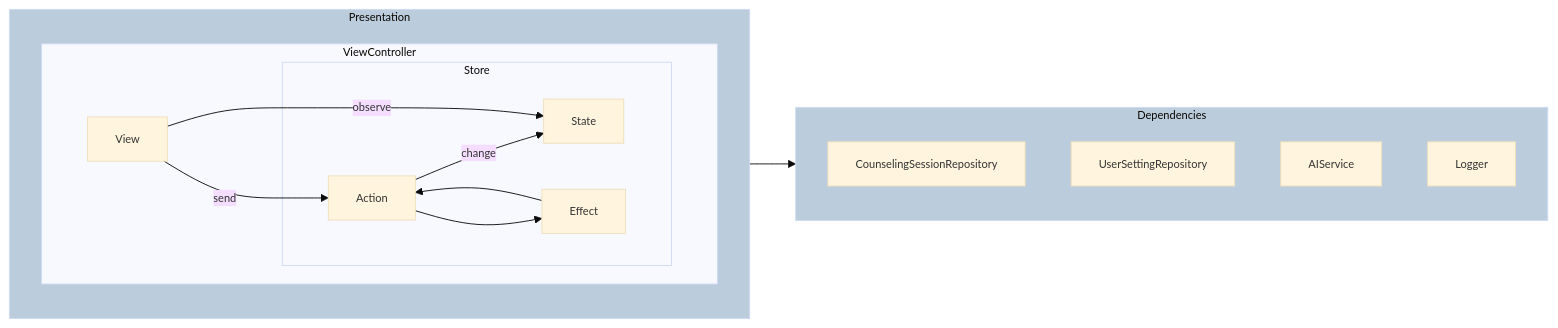
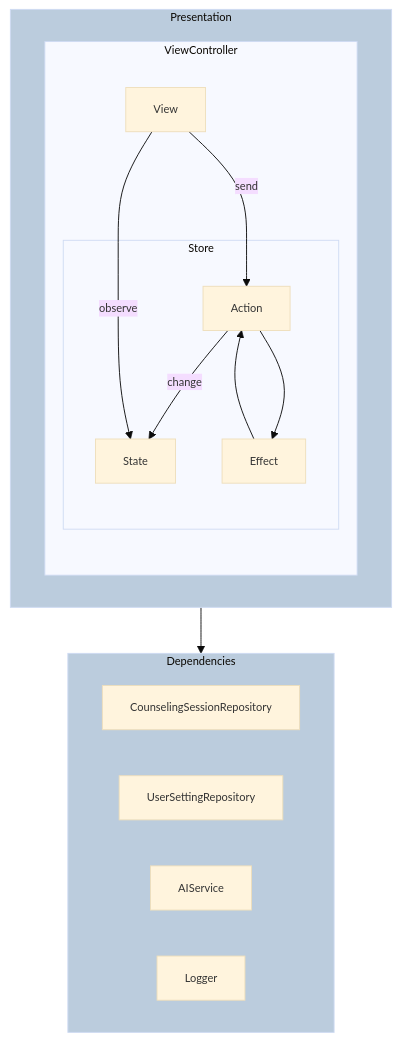
One commit to LURKS02/GloomyDiary changed the second of 2 diagrams in README.md. Above: the diagram before and after it, drawn with Mermaid. The commit also changed other lines of this file, not shown here.

````diff
--- a/README.md
+++ b/README.md
@@ -67,28 +67,28 @@
 ```mermaid
 %%{init: {"theme": "base", "themeVariables": {"fontSize": "12px", "nodeSpacing": "5"}}}%%
 
-flowchart LR
+flowchart TD
     subgraph Presentation
     subgraph ViewController
     View -- send --> Action
     subgraph Store
     Action -- change --> State
     Action --> Effect
     Effect --> Action
     end
     View -- observe --> State
     end
     end
     style Presentation fill:#bcd
 
     subgraph Dependencies
     
     CounselingSessionRepository
     UserSettingRepository
     AIService
     Logger
     end
 
     Presentation-->Dependencies
     style Dependencies fill:#bcd
 ```
````
